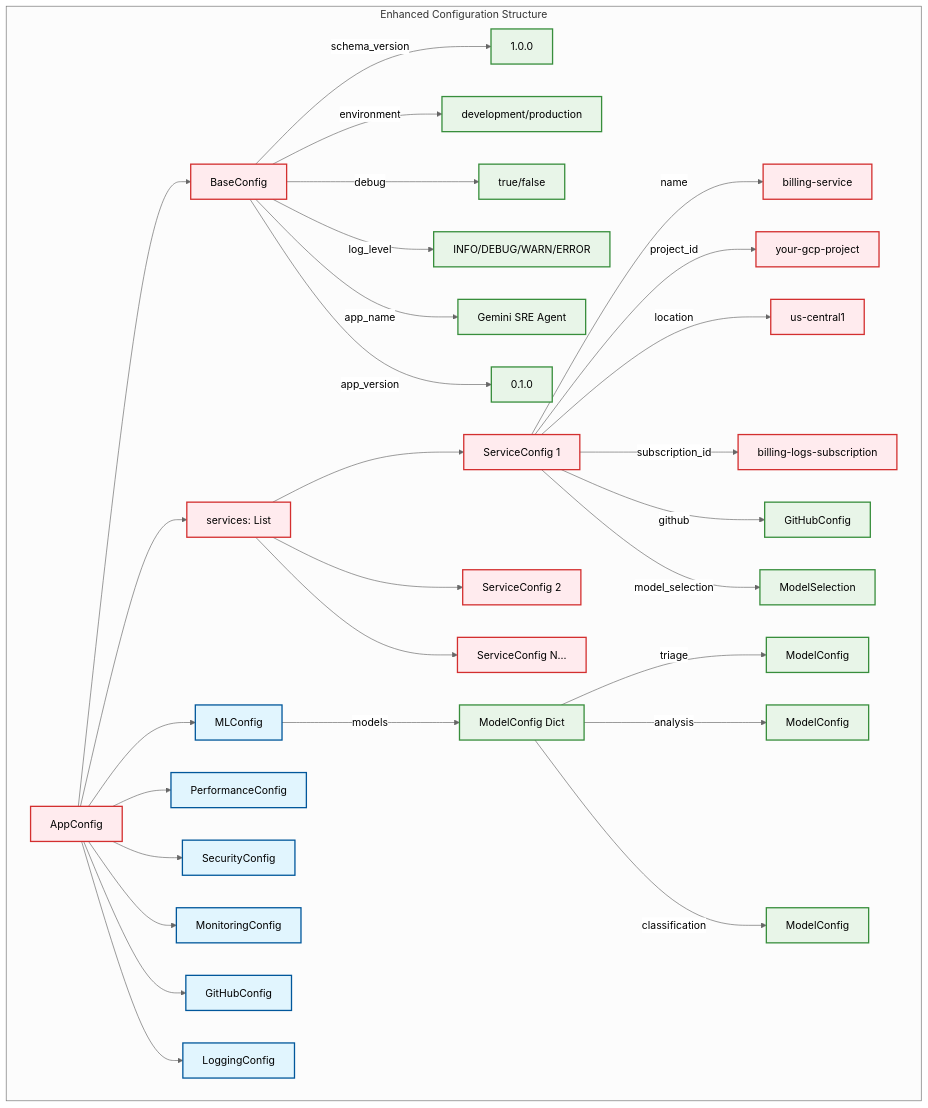
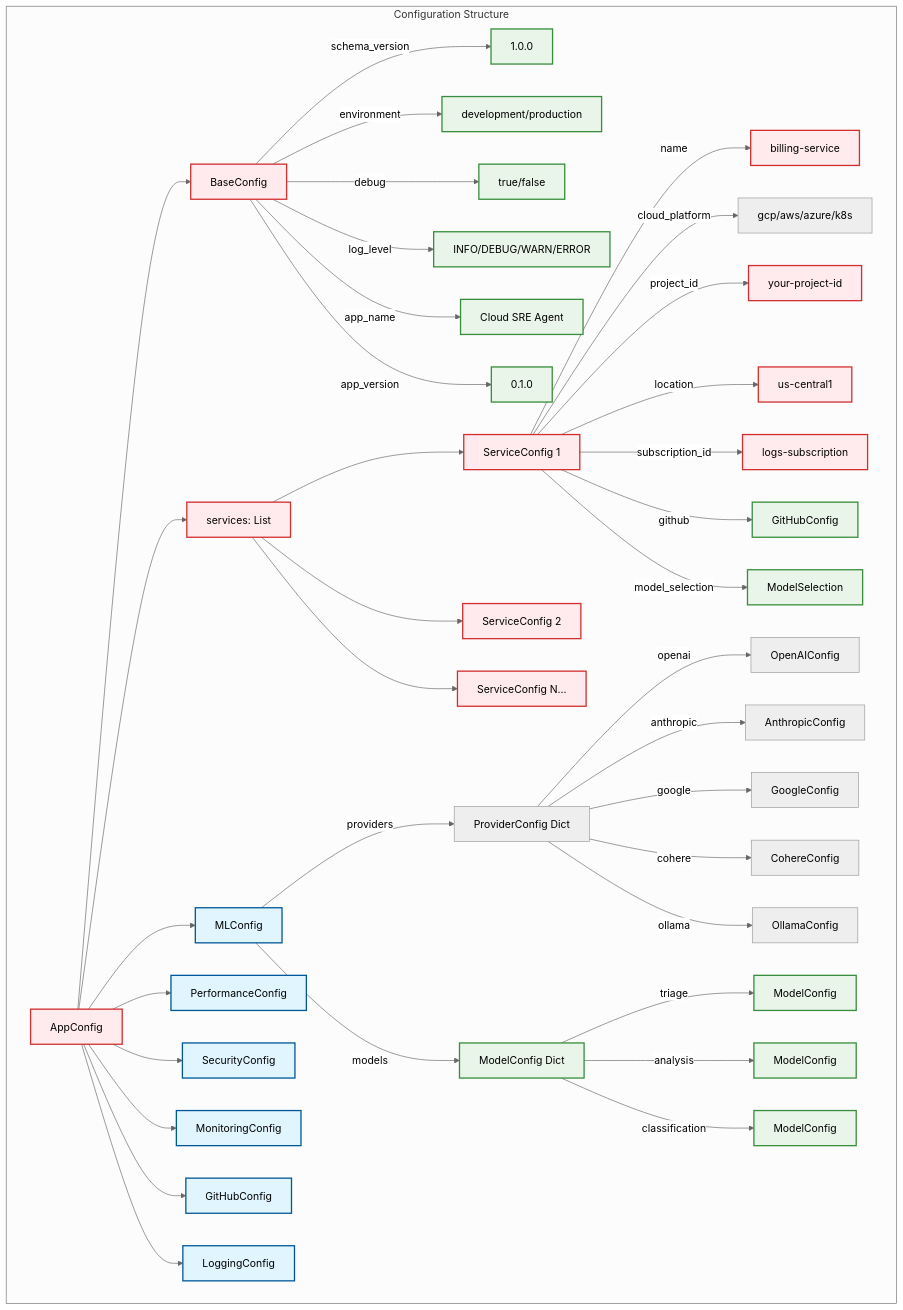
The diagram in docs/CONFIGURATION.md (avivl/cloud-sre-agent), drawn with Mermaid (neutral theme) before and after one commit. The commit also changed other lines of this file and 28 other files, not shown here.

First line of the commit message:
Refactor: Remove legacy files and update documentation for Cloud SRE Agent

````diff
--- a/docs/CONFIGURATION.md
+++ b/docs/CONFIGURATION.md
@@ -20,46 +20,53 @@
 ```mermaid
 graph TD
-    subgraph "Enhanced Configuration Structure"
+    subgraph "Configuration Structure"
         ROOT[AppConfig]
 
         ROOT --> BASE[BaseConfig]
         BASE --> |schema_version| SV[1.0.0]
         BASE --> |environment| ENV[development/production]
         BASE --> |debug| DEBUG[true/false]
         BASE --> |log_level| LL[INFO/DEBUG/WARN/ERROR]
-        BASE --> |app_name| AN[Gemini SRE Agent]
+        BASE --> |app_name| AN[Cloud SRE Agent]
         BASE --> |app_version| AV[0.1.0]
 
         ROOT --> SERVICES[services: List]
         SERVICES --> S1[ServiceConfig 1]
         SERVICES --> S2[ServiceConfig 2]
         SERVICES --> S3[ServiceConfig N...]
 
         S1 --> |name| SN1[billing-service]
-        S1 --> |project_id| PI1[your-gcp-project]
+        S1 --> |cloud_platform| CP1[gcp/aws/azure/k8s]
+        S1 --> |project_id| PI1[your-project-id]
         S1 --> |location| LOC1[us-central1]
-        S1 --> |subscription_id| SUB1[billing-logs-subscription]
+        S1 --> |subscription_id| SUB1[logs-subscription]
         S1 --> |github| GH1[GitHubConfig]
         S1 --> |model_selection| MS1[ModelSelection]
 
         ROOT --> ML[MLConfig]
+        ML --> |providers| PROVIDERS[ProviderConfig Dict]
+        PROVIDERS --> |openai| OPENAI[OpenAIConfig]
+        PROVIDERS --> |anthropic| ANTHROPIC[AnthropicConfig]
+        PROVIDERS --> |google| GOOGLE[GoogleConfig]
+        PROVIDERS --> |cohere| COHERE[CohereConfig]
+        PROVIDERS --> |ollama| OLLAMA[OllamaConfig]
         ML --> |models| MODELS[ModelConfig Dict]
         MODELS --> |triage| TRIAGE[ModelConfig]
         MODELS --> |analysis| ANALYSIS[ModelConfig]
         MODELS --> |classification| CLASS[ModelConfig]
 
         ROOT --> PERF[PerformanceConfig]
         ROOT --> SEC[SecurityConfig]
         ROOT --> MON[MonitoringConfig]
         ROOT --> GITHUB[GitHubConfig]
         ROOT --> LOG[LoggingConfig]
     end
 
     classDef required fill:#ffebee,stroke:#d32f2f,stroke-width:2px
     classDef optional fill:#e8f5e8,stroke:#388e3c,stroke-width:2px
     classDef config fill:#e1f5fe,stroke:#01579b,stroke-width:2px
 
     class ROOT,BASE,SERVICES,S1,S2,S3,SN1,PI1,LOC1,SUB1 required
     class ML,PERF,SEC,MON,GITHUB,LOG config
     class SV,ENV,DEBUG,LL,AN,AV,GH1,MS1,MODELS,TRIAGE,ANALYSIS,CLASS optional
 ```
````
